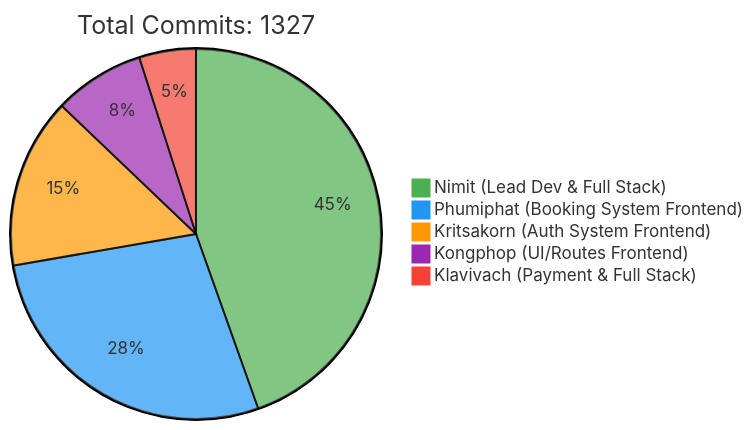
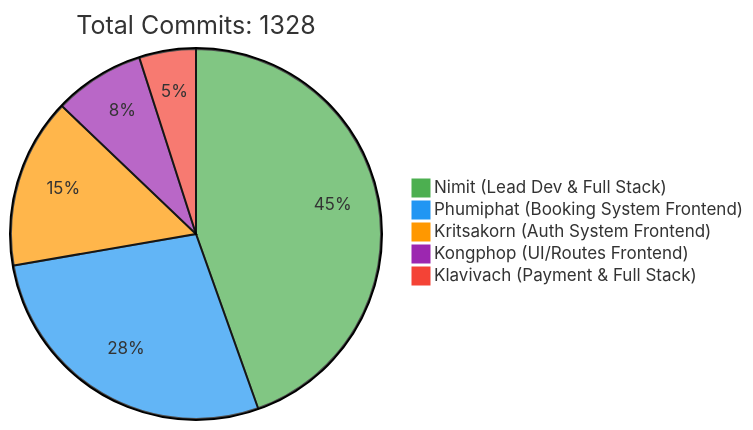
The first of 2 diagrams in README.md (6531503042/Sport-Complex), drawn with Mermaid before and after one commit. The commit also changed other lines of this file, not shown here.

Commit message:
docs: Update contributor statistics [skip ci]

````diff
--- a/README.md
+++ b/README.md
@@ -257,10 +257,10 @@
 ```mermaid
 %%{init: {'theme': 'base', 'themeVariables': { 'pie1': '#4CAF50', 'pie2': '#2196F3', 'pie3': '#FF9800', 'pie4': '#9C27B0', 'pie5': '#F44336'}}}%%
 pie
-    title Total Commits: 1327
+    title Total Commits: 1328
     "Nimit (Lead Dev & Full Stack)" : 450
     "Phumiphat (Booking System Frontend)" : 280
     "Kritsakorn (Auth System Frontend)" : 150
     "Kongphop (UI/Routes Frontend)" : 80
     "Klavivach (Payment & Full Stack)" : 50
 ```
````
